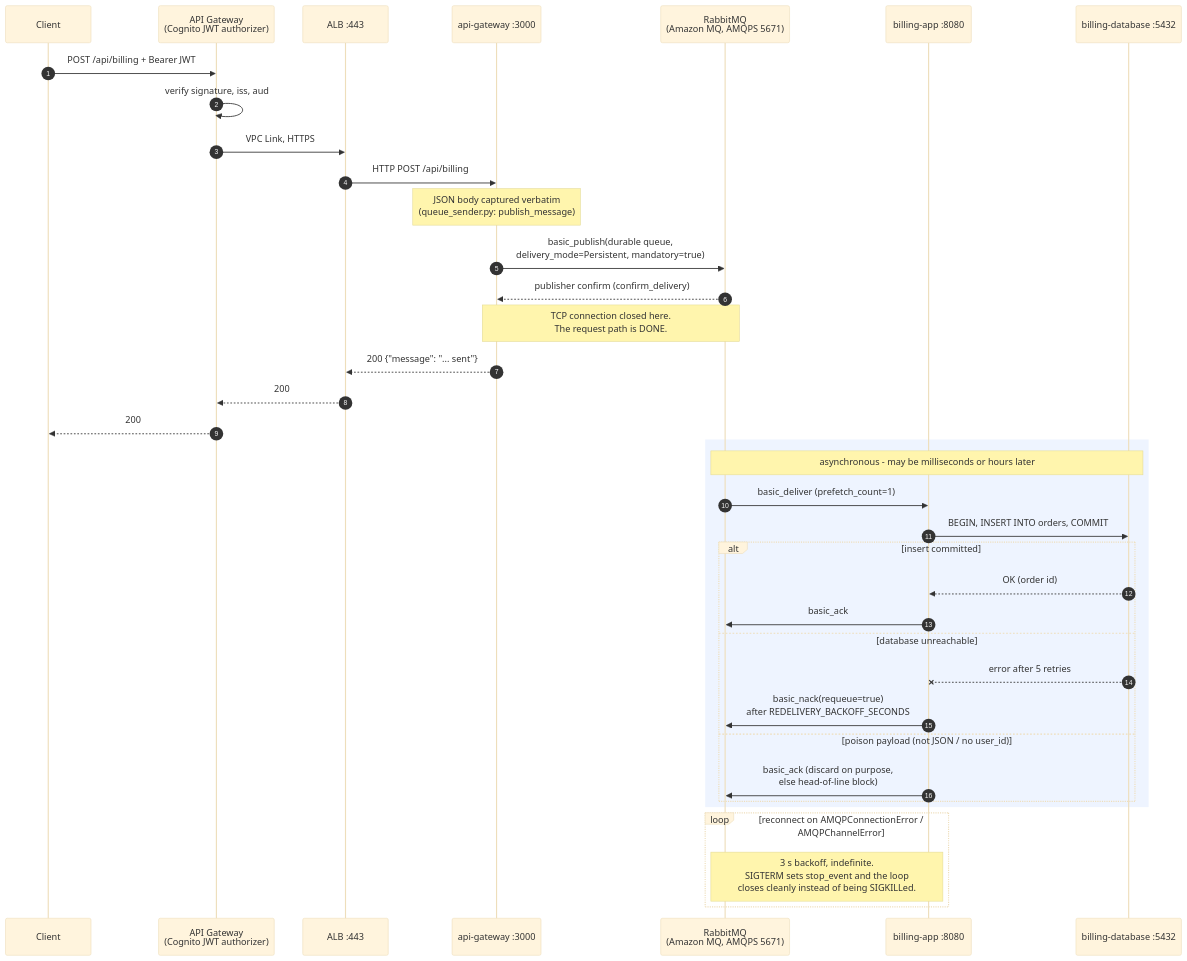
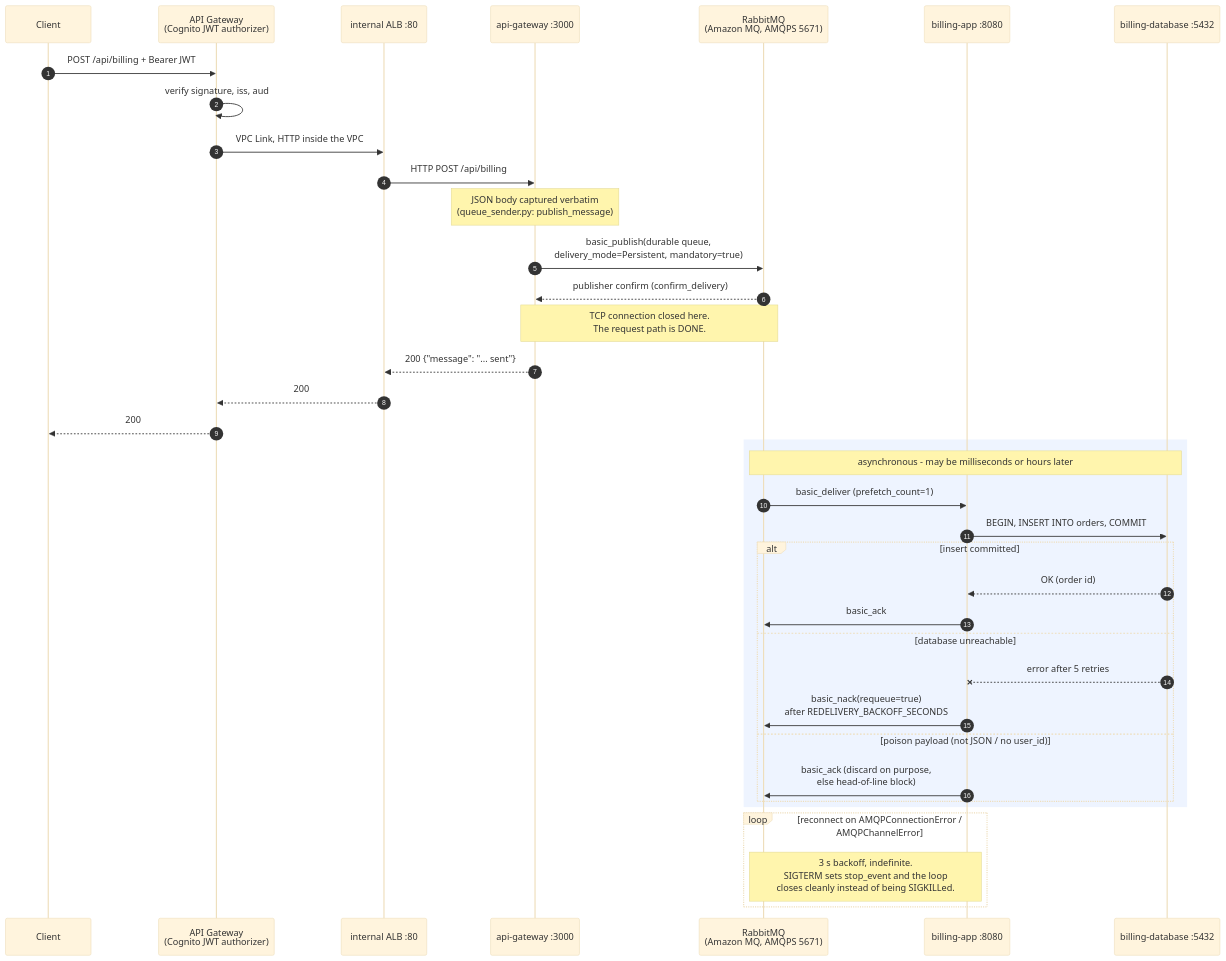
Before and after one commit to ertval/cloud-design: the third of 3 diagrams in README.md, drawn with Mermaid (base theme). The commit also changed other lines of this file and 18 other files, not shown here.

Commit message:
fix: Phase 1 Terraform blockers T01-T04 (single-instance broker, internal ALB, S3 policy)

````diff
--- a/README.md
+++ b/README.md
@@ -195,43 +195,43 @@
 ```mermaid
 sequenceDiagram
     autonumber
     participant C as Client
     participant APIGW as API Gateway<br/>(Cognito JWT authorizer)
-    participant ALB as ALB :443
+    participant ALB as internal ALB :80
     participant GW as api-gateway :3000
     participant MQ as RabbitMQ<br/>(Amazon MQ, AMQPS 5671)
     participant BI as billing-app :8080
     participant BD as billing-database :5432
 
     C->>APIGW: POST /api/billing + Bearer JWT
     APIGW->>APIGW: verify signature, iss, aud
-    APIGW->>ALB: VPC Link, HTTPS
+    APIGW->>ALB: VPC Link, HTTP inside the VPC
     ALB->>GW: HTTP POST /api/billing
     Note over GW: JSON body captured verbatim<br/>(queue_sender.py: publish_message)
 
     GW->>MQ: basic_publish(durable queue,<br/>delivery_mode=Persistent, mandatory=true)
     MQ-->>GW: publisher confirm (confirm_delivery)
     Note over GW,MQ: TCP connection closed here.<br/>The request path is DONE.
     GW-->>ALB: 200 {"message": "... sent"}
     ALB-->>APIGW: 200
     APIGW-->>C: 200
 
     rect rgb(238, 244, 255)
         Note over MQ,BD: asynchronous - may be milliseconds or hours later
         MQ->>BI: basic_deliver (prefetch_count=1)
         BI->>BD: BEGIN, INSERT INTO orders, COMMIT
         alt insert committed
             BD-->>BI: OK (order id)
             BI->>MQ: basic_ack
         else database unreachable
             BD--xBI: error after 5 retries
             BI->>MQ: basic_nack(requeue=true)<br/>after REDELIVERY_BACKOFF_SECONDS
         else poison payload (not JSON / no user_id)
             BI->>MQ: basic_ack (discard on purpose,<br/>else head-of-line block)
         end
     end
 
     loop reconnect on AMQPConnectionError / AMQPChannelError
         Note over BI,MQ: 3 s backoff, indefinite.<br/>SIGTERM sets stop_event and the loop<br/>closes cleanly instead of being SIGKILLed.
     end
 ```
````
